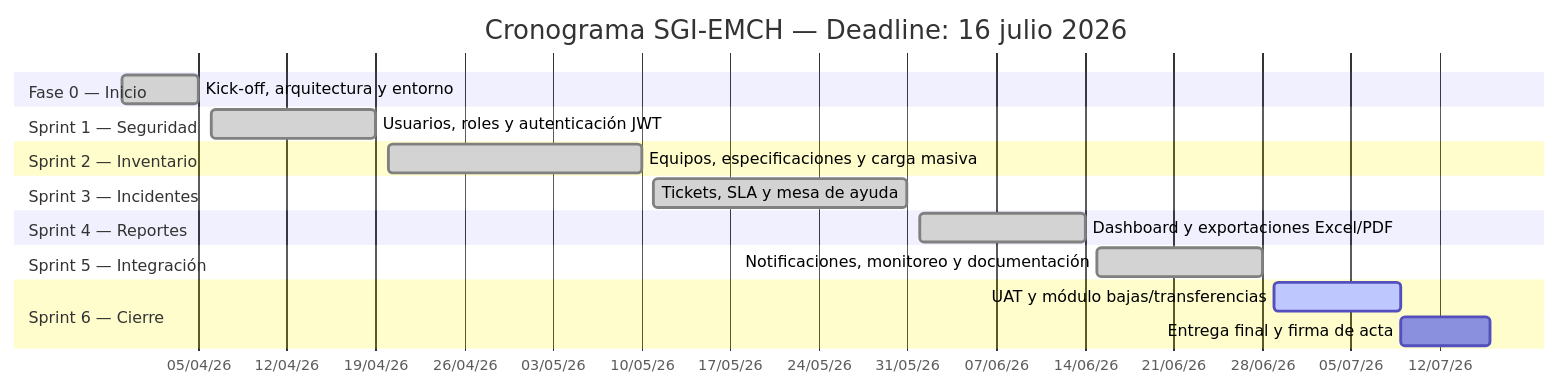
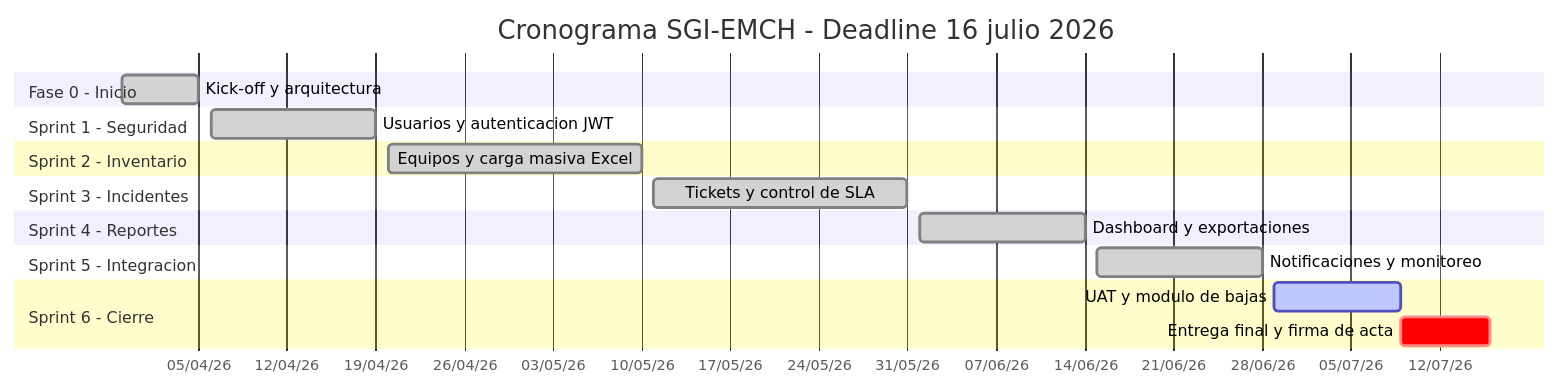
Before and after one commit to Jnasus/sgi-emch: the third of 3 diagrams in markdown/informe_3.md, drawn with Mermaid. The commit also changed other lines of this file and 1 other file, not shown here.

First line of the commit message:
docs(informe): fix Gantt syntax errors and add exact Docusaurus URLs

````diff
--- a/markdown/informe_3.md
+++ b/markdown/informe_3.md
@@ -966,28 +978,28 @@
 ```mermaid
 gantt
-    title Cronograma SGI-EMCH — Deadline: 16 julio 2026
+    title Cronograma SGI-EMCH - Deadline 16 julio 2026
     dateFormat  YYYY-MM-DD
     axisFormat  %d/%m/%y
 
-    section Fase 0 — Inicio
-    Kick-off, arquitectura y entorno       :done,    s0,  2026-03-30, 2026-04-05
+    section Fase 0 - Inicio
+    Kick-off y arquitectura               :done,    s0,  2026-03-30, 2026-04-05
 
-    section Sprint 1 — Seguridad
-    Usuarios, roles y autenticación JWT    :done,    s1,  2026-04-06, 2026-04-19
+    section Sprint 1 - Seguridad
+    Usuarios y autenticacion JWT          :done,    s1,  2026-04-06, 2026-04-19
 
-    section Sprint 2 — Inventario
-    Equipos, especificaciones y carga masiva :done,  s2,  2026-04-20, 2026-05-10
+    section Sprint 2 - Inventario
+    Equipos y carga masiva Excel          :done,    s2,  2026-04-20, 2026-05-10
 
-    section Sprint 3 — Incidentes
-    Tickets, SLA y mesa de ayuda           :done,    s3,  2026-05-11, 2026-05-31
+    section Sprint 3 - Incidentes
+    Tickets y control de SLA              :done,    s3,  2026-05-11, 2026-05-31
 
-    section Sprint 4 — Reportes
-    Dashboard y exportaciones Excel/PDF    :done,    s4,  2026-06-01, 2026-06-14
+    section Sprint 4 - Reportes
+    Dashboard y exportaciones             :done,    s4,  2026-06-01, 2026-06-14
 
-    section Sprint 5 — Integración
-    Notificaciones, monitoreo y documentación :done, s5,  2026-06-15, 2026-06-28
+    section Sprint 5 - Integracion
+    Notificaciones y monitoreo            :done,    s5,  2026-06-15, 2026-06-28
 
-    section Sprint 6 — Cierre
-    UAT y módulo bajas/transferencias      :active,  s6a, 2026-06-29, 2026-07-09
-    Entrega final y firma de acta          :         s6b, 2026-07-09, 2026-07-16
+    section Sprint 6 - Cierre
+    UAT y modulo de bajas                 :active,  s6a, 2026-06-29, 2026-07-09
+    Entrega final y firma de acta         :crit,    s6b, 2026-07-09, 2026-07-16
 ```
````
